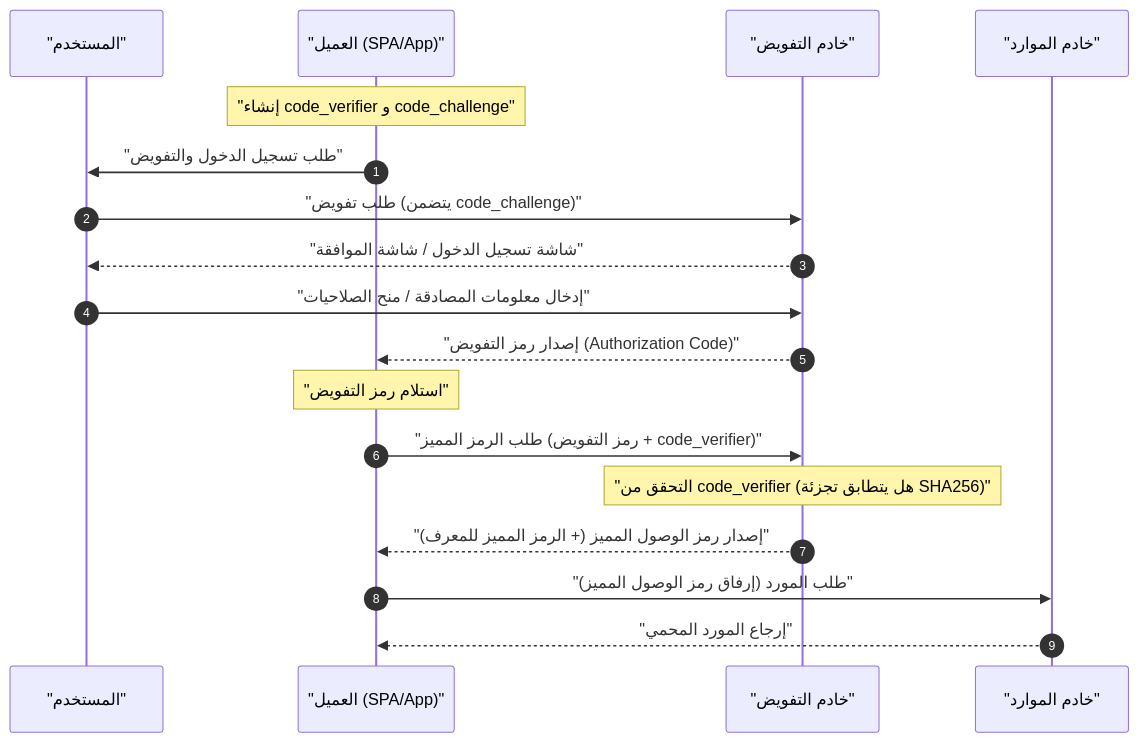
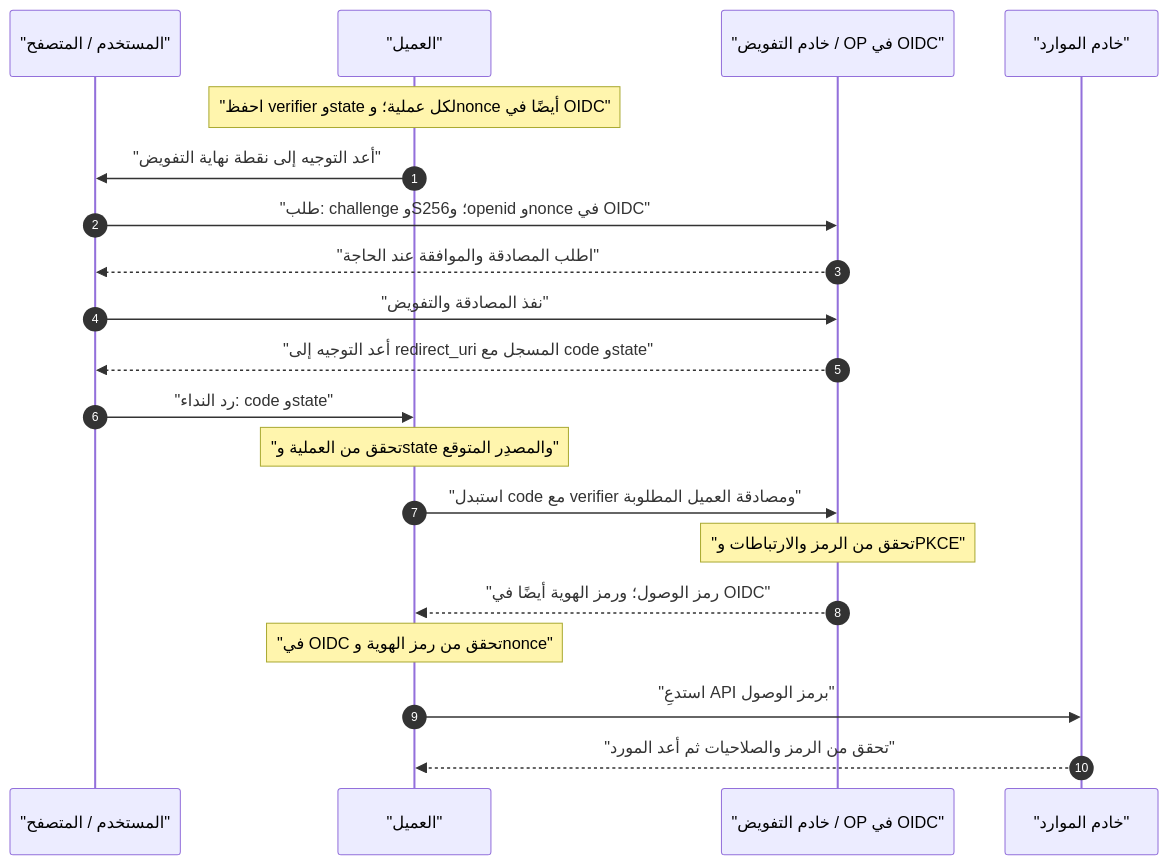
The diagram in content/post/oauth2-oidc-authentication-authorization-difference/index.ar.md (kenjinote/blog), drawn with Mermaid before and after one commit. The commit also changed other lines of this file and 7 other files, not shown here.

````diff
--- a/content/post/oauth2-oidc-authentication-authorization-difference/index.ar.md
+++ b/content/post/oauth2-oidc-authentication-authorization-difference/index.ar.md
@@ -90,21 +91,22 @@
 ```mermaid
 sequenceDiagram
     autonumber
-    participant U as "المستخدم"
-    participant C as "العميل (SPA/App)"
-    participant AS as "خادم التفويض"
+    participant U as "المستخدم / المتصفح"
+    participant C as "العميل"
+    participant AS as "خادم التفويض / OP في OIDC"
     participant RS as "خادم الموارد"
-
-    Note over C: "إنشاء code_verifier و code_challenge"
-    C->>U: "طلب تسجيل الدخول والتفويض"
-    U->>AS: "طلب تفويض (يتضمن code_challenge)"
-    AS-->>U: "شاشة تسجيل الدخول / شاشة الموافقة"
-    U->>AS: "إدخال معلومات المصادقة / منح الصلاحيات"
-    AS-->>C: "إصدار رمز التفويض (Authorization Code)"
-    Note over C: "استلام رمز التفويض"
-    C->>AS: "طلب الرمز المميز (رمز التفويض + code_verifier)"
-    Note over AS: "التحقق من code_verifier (هل يتطابق تجزئة SHA256)"
-    AS-->>C: "إصدار رمز الوصول المميز (+ الرمز المميز للمعرف)"
-    C->>RS: "طلب المورد (إرفاق رمز الوصول المميز)"
-    RS-->>C: "إرجاع المورد المحمي"
+    Note over C: "احفظ verifier وstate لكل عملية؛ وnonce أيضًا في OIDC"
+    C->>U: "أعد التوجيه إلى نقطة نهاية التفويض"
+    U->>AS: "طلب: challenge وS256؛ وopenid وnonce في OIDC"
+    AS-->>U: "اطلب المصادقة والموافقة عند الحاجة"
+    U->>AS: "نفذ المصادقة والتفويض"
+    AS-->>U: "أعد التوجيه إلى redirect_uri المسجل مع code وstate"
+    U->>C: "رد النداء: code وstate"
+    Note over C: "تحقق من العملية وstate والمصدِر المتوقع"
+    C->>AS: "استبدل code مع verifier ومصادقة العميل المطلوبة"
+    Note over AS: "تحقق من الرمز والارتباطات وPKCE"
+    AS-->>C: "رمز الوصول؛ ورمز الهوية أيضًا في OIDC"
+    Note over C: "في OIDC تحقق من رمز الهوية وnonce"
+    C->>RS: "استدعِ API برمز الوصول"
+    RS-->>C: "تحقق من الرمز والصلاحيات ثم أعد المورد"
 ```
````
